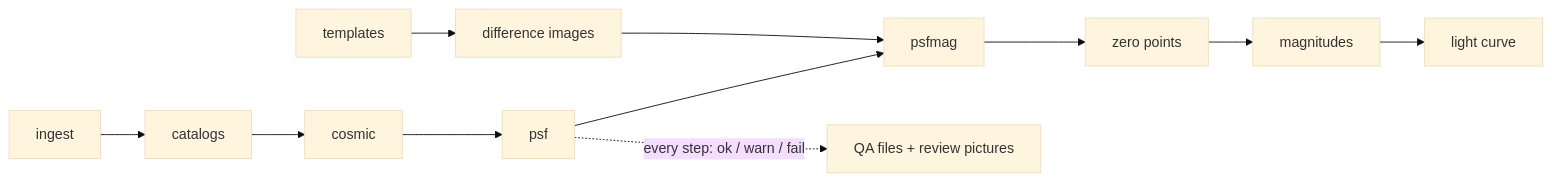
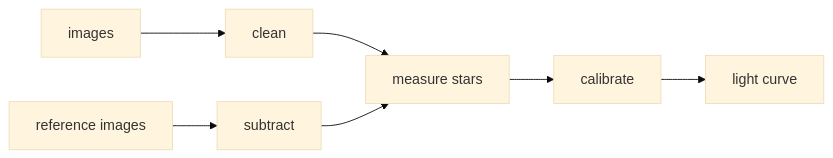
Before and after one commit to yizedong/lcogtsnpipe-ai: the diagram in README.md, drawn with Mermaid (base theme). The commit also changed other lines of this file, not shown here.

````diff
--- a/README.md
+++ b/README.md
@@ -33,7 +15,5 @@
 ```mermaid
 flowchart LR
-  A[ingest] --> B[catalogs] --> C[cosmic] --> D[psf] --> E[psfmag] --> F[zero points] --> G[magnitudes]
-  T[templates] --> H[difference images] --> E
-  G --> L[light curve]
-  D -. "every step: ok / warn / fail" .-> Q[QA files + review pictures]
+  A[images] --> B[clean] --> C[measure stars] --> D[calibrate] --> E[light curve]
+  R[reference images] --> S[subtract] --> C
 ```
````
